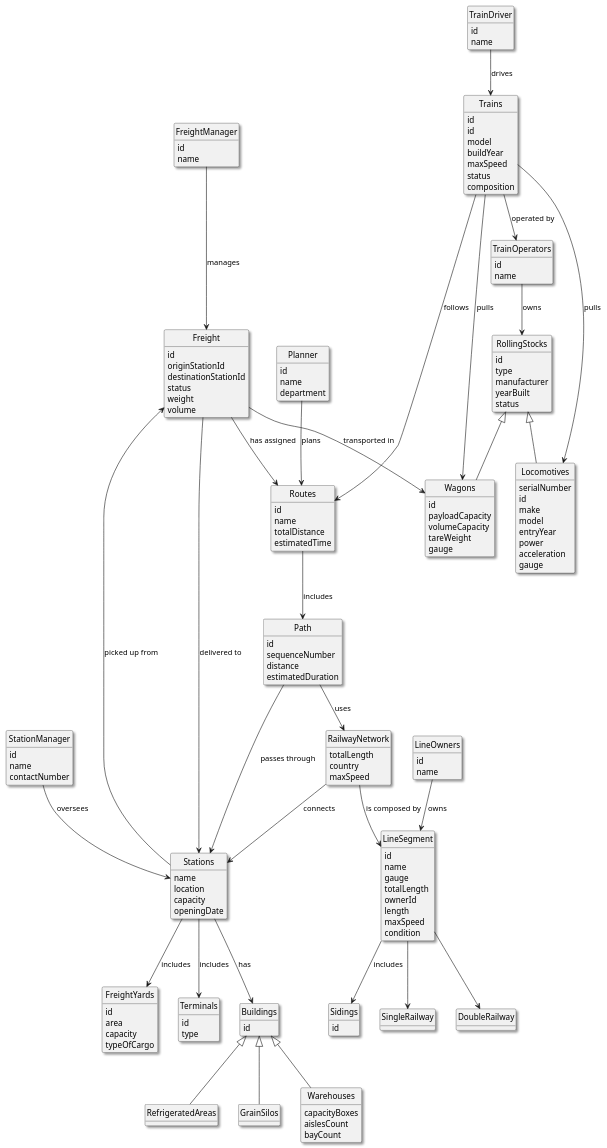
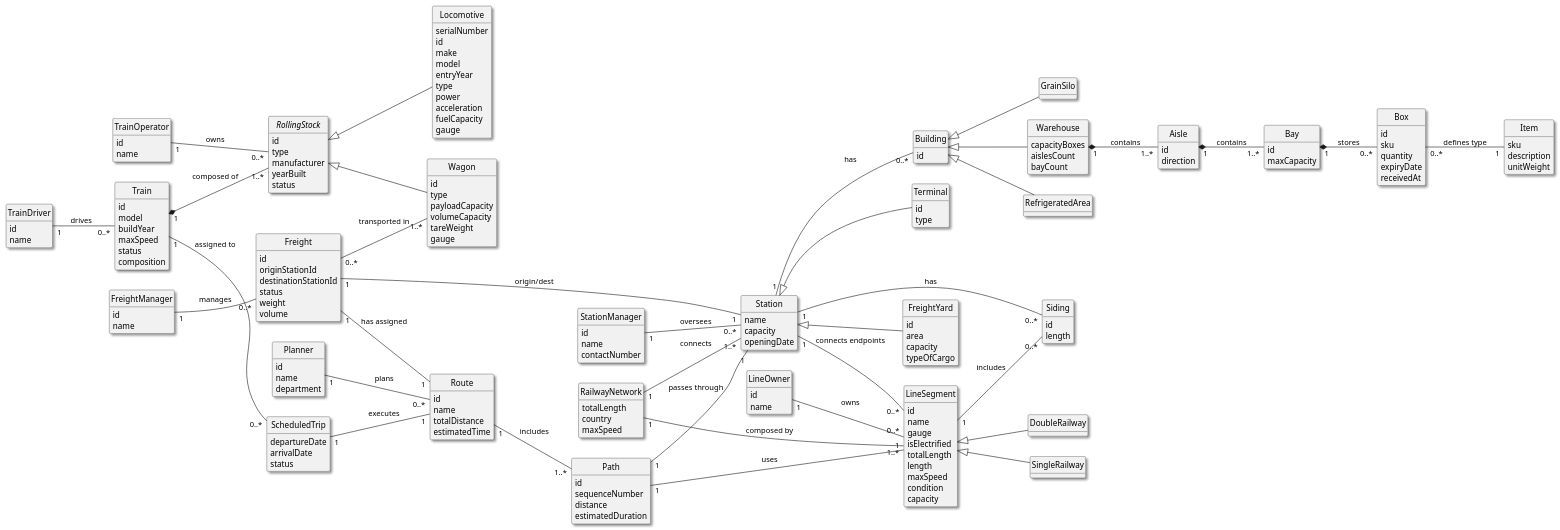
One commit to Departamento-de-Engenharia-Informatica/sem3-pi-25-26-g023-repo changed the diagram in src/doc/LAPR3/USLP01/domain model.puml. Above: the diagram before and after it, drawn with PlantUML.

Commit message:
USELP01 - update domain model

```diff
--- a/src/doc/LAPR3/USLP01/domain model.puml
+++ b/src/doc/LAPR3/USLP01/domain model.puml
@@ -1,209 +1,248 @@
 @startuml
-'https://plantuml.com/class-diagram
-
-
 skinparam monochrome true
 skinparam packageStyle rectangle
 skinparam shadowing true
 
 hide methods
 hide circles
+left to right direction
 
-
-TrainOperators --> RollingStocks : owns
-
-Trains --> TrainOperators : operated by
-Trains --> Routes : follows
-Trains --> Wagons : pulls
-Trains --> Locomotives : pulls
-
-
-TrainDriver --> Trains : drives
-FreightManager ---> Freight : manages
-StationManager --> Stations : oversees
-
-LineSegment --> Sidings : includes
-
-RollingStocks <|-- Locomotives
-RollingStocks <|-- Wagons
-Freight --> Wagons : transported in
-
-LineSegment --> SingleRailway
-LineSegment --> DoubleRailway
-RailwayNetwork --> LineSegment : is composed by
-
-Stations --> FreightYards : includes
-Stations --> Terminals : includes
-
-RailwayNetwork --> Stations : connects
-
-Planner --> Routes : plans
-Routes --> Path : includes
-Path --> RailwayNetwork : uses
-Path --> Stations : passes through
-
-LineOwners --> LineSegment : owns
-
-Stations --> Buildings : has
-
-Buildings <|-- RefrigeratedAreas
-Buildings <|-- GrainSilos
-Buildings <|-- Warehouses
-
-Freight --> Stations : delivered to
-Freight <-- Stations : picked up from
-Freight --> Routes : has assigned
-
-class RailwayNetwork{
-totalLength
-country
-maxSpeed
+' --- ACTORS (MANTIDOS DO SPRINT 2) ---
+class TrainDriver {
+    id
+    name
+}
+class FreightManager {
+    id
+    name
+}
+class StationManager {
+    id
+    name
+    contactNumber
+}
+class Planner {
+    id
+    name
+    department
+}
+class TrainOperator {
+    id
+    name
+}
+class LineOwner {
+    id
+    name
 }
 
-class TrainOperators{
-id
-name
+' --- INFRASTRUCTURE ---
+class RailwayNetwork {
+    totalLength
+    country
+    maxSpeed
 }
 
-class RollingStocks{
-id
-type
-manufacturer
-yearBuilt
-status
-}
-class Trains{
-id
-}
-class Locomotives{
-serialNumber
-id
-make
-model
-entryYear
-type (“diesel”, “electric”)
-power
-acceleration
-fuelCapacity (nullable)
-gauge
-}
-class Wagons{
-id
-type (“boxcar”, “tank”, “flat”, “hopper”, “refrigerated”)
-payloadCapacity
-volumeCapacity
-tareWeight
-gauge
-}
-class Freight{
-id
-originStationId
-destinationStationId
-status
-weight
-volume
+class Station {
+    name
+    location (lat, lon)
+    capacity
+    openingDate
 }
 
-class LineSegment{
-id
-name
-gauge
-isElectrified (boolean)
-totalLength
-ownerId
-length
-maxSpeed
-condition
+class FreightYard {
+    id
+    area
+    capacity
+    typeOfCargo
 }
 
-
-
-class Routes{
-id
-name
-totalDistance
-estimatedTime
-}
-class Path{
-id
-sequenceNumber
-distance
-estimatedDuration
+class Terminal {
+    id
+    type
 }
 
-class SingleRailway{
-}
-class DoubleRailway{
+class Siding {
+    id
+    length
 }
 
+' Herança de Station (Mantido)
+Station <|-- FreightYard
+Station <|-- Terminal
 
+' --- TRACKS & LINES ---
+class LineSegment {
+    id
+    name
+    gauge
+    isElectrified
+    totalLength
+    length
+    maxSpeed
+    condition
+    capacity
+}
+' Nota: Capacity adicionado em LineSegment para a US de MaxFlow (Sprint 3)
 
-class Stations{
-name
-location
-capacity
-openingDate
+class SingleRailway {
 }
-class Buildings{
-id
-}
-class Terminals{
-id
-type
-}
-class Trains{
-id
-model
-buildYear
-maxSpeed
-status
-composition
+class DoubleRailway {
 }
 
-class Warehouses{
-capacityBoxes
-aislesCount
-bayCount
-}
-class RefrigeratedAreas{
-}
-class GrainSilos{
+LineSegment <|-- SingleRailway
+LineSegment <|-- DoubleRailway
+
+' Relations Infra
+RailwayNetwork "1" -- "1..*" Station : connects
+RailwayNetwork "1" -- "1..*" LineSegment : composed by
+Station "1" -- "0..*" LineSegment : connects endpoints
+Station "1" -- "0..*" Siding : has
+LineSegment "1" -- "0..*" Siding : includes
+LineOwner "1" -- "0..*" LineSegment : owns
+StationManager "1" -- "0..*" Station : oversees
+
+' --- BUILDINGS & WAREHOUSE (EXPANDIDO PARA SPRINT 3) ---
+class Building {
+    id
 }
 
-class Planner{
-id
-name
-department
+class RefrigeratedArea {
 }
-class TrainDriver{
-id
-name
-}
-class FreightManager{
-id
-name
-}
-class StationManager{
-id
-name
-contactNumber
+class GrainSilo {
 }
 
-class LineOwners{
-id
-name
+class Warehouse {
+    capacityBoxes
+    aislesCount
+    bayCount
 }
 
-class FreightYards{
-id
-area
-capacity
-typeOfCargo
+' --- NOVO: Detalhe obrigatório para ESINF (Sprint 3) ---
+class Aisle {
+    id
+    direction
 }
-class Sidings{
-id
+class Bay {
+    id
+    maxCapacity
+}
+class Box {
+    id
+    sku
+    quantity
+    expiryDate
+    receivedAt
+}
+class Item {
+    sku
+    description
+    unitWeight
 }
 
+' Relations Buildings
+Station "1" -- "0..*" Building : has
+Building <|-- RefrigeratedArea
+Building <|-- GrainSilo
+Building <|-- Warehouse
 
+' Warehouse Composition (ESINF)
+Warehouse "1" *-- "1..*" Aisle : contains
+Aisle "1" *-- "1..*" Bay : contains
+Bay "1" *-- "0..*" Box : stores
+Box "0..*" -- "1" Item : defines type
+
+' --- ROLLING STOCK (MANTIDO) ---
+class Train {
+    id
+    model
+    buildYear
+    maxSpeed
+    status
+    composition
+}
+
+abstract class RollingStock {
+    id
+    type
+    manufacturer
+    yearBuilt
+    status
+}
+
+class Locomotive {
+    serialNumber
+    id
+    make
+    model
+    entryYear
+    type
+    power
+    acceleration
+    fuelCapacity
+    gauge
+}
+
+class Wagon {
+    id
+    type
+    payloadCapacity
+    volumeCapacity
+    tareWeight
+    gauge
+}
+
+' Relations Rolling Stock
+TrainOperator "1" -- "0..*" RollingStock : owns
+Train "1" *-- "1..*" RollingStock : composed of
+RollingStock <|-- Locomotive
+RollingStock <|-- Wagon
+TrainDriver "1" -- "0..*" Train : drives
+
+' --- LOGISTICS & OPERATIONS (ATUALIZADO PARA SPRINT 3) ---
+class Freight {
+    id
+    originStationId
+    destinationStationId
+    status
+    weight
+    volume
+}
+
+class Route {
+    id
+    name
+    totalDistance
+    estimatedTime
+}
+
+class Path {
+    id
+    sequenceNumber
+    distance
+    estimatedDuration
+}
+
+' --- NOVO: Agendamento para LAPR3 (Sprint 3) ---
+class ScheduledTrip {
+    departureDate
+    arrivalDate
+    status
+}
+
+' Relations Logistics
+FreightManager "1" -- "0..*" Freight : manages
+Planner "1" -- "0..*" Route : plans
+
+Freight "0..*" -- "1..*" Wagon : transported in
+Freight "1" -- "1" Route : has assigned
+Freight "1" -- "1" Station : origin/dest
+
+Route "1" -- "1..*" Path : includes
+Path "1" -- "1" Station : passes through
+Path "1" -- "1" LineSegment : uses
+
+' Ligação do Comboio à Rota via Viagem Agendada (Sprint 3)
+Train "1" -- "0..*" ScheduledTrip : assigned to
+ScheduledTrip "1" -- "1" Route : executes
 
 @enduml
```
